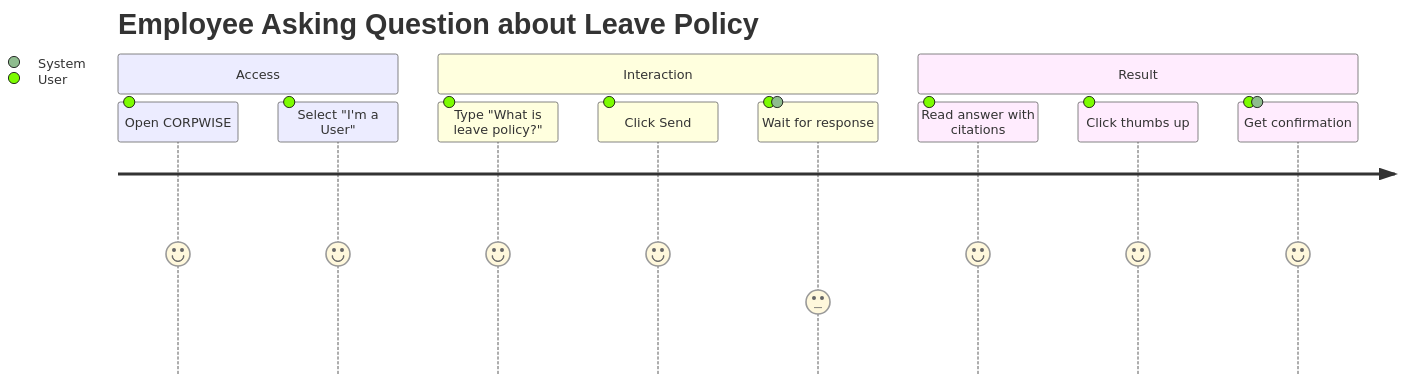
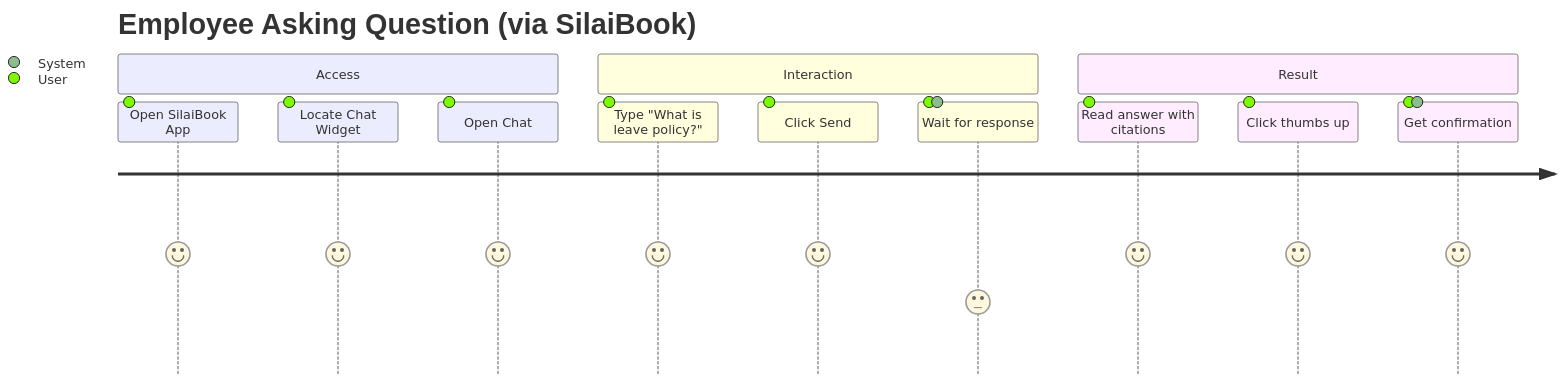
Diagram 11 of 18 in project_workflow.md (ShantanuV2709/CORPWISE), drawn with Mermaid before and after one commit. The commit also changed other lines of this file and 7 other files, not shown here.

````diff
--- a/project_workflow.md
+++ b/project_workflow.md
@@ -510,15 +511,16 @@
 ```mermaid
 journey
-    title Employee Asking Question about Leave Policy
+    title Employee Asking Question (via SilaiBook)
     section Access
-      Open CORPWISE: 5: User
-      Select "I'm a User": 5: User
+      Open SilaiBook App: 5: User
+      Locate Chat Widget: 5: User
+      Open Chat: 5: User
     section Interaction
       Type "What is leave policy?": 5: User
       Click Send: 5: User
       Wait for response: 3: User, System
     section Result
       Read answer with citations: 5: User
       Click thumbs up: 5: User
       Get confirmation: 5: User, System
 ```
````
